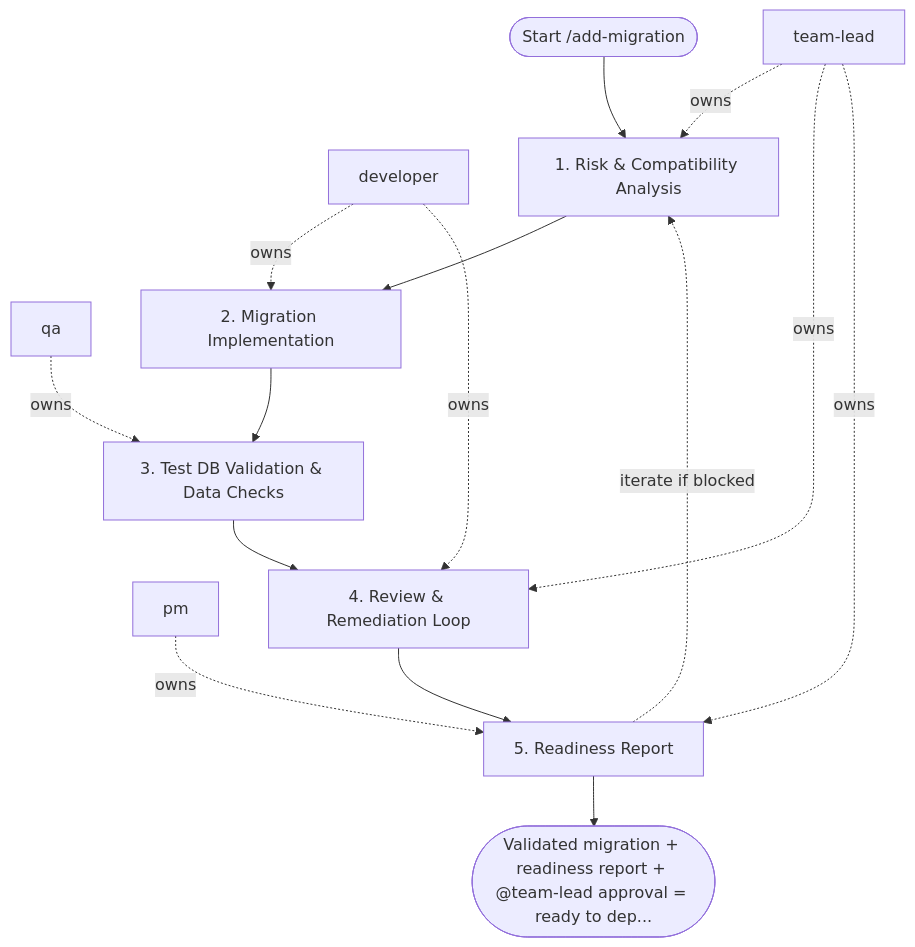
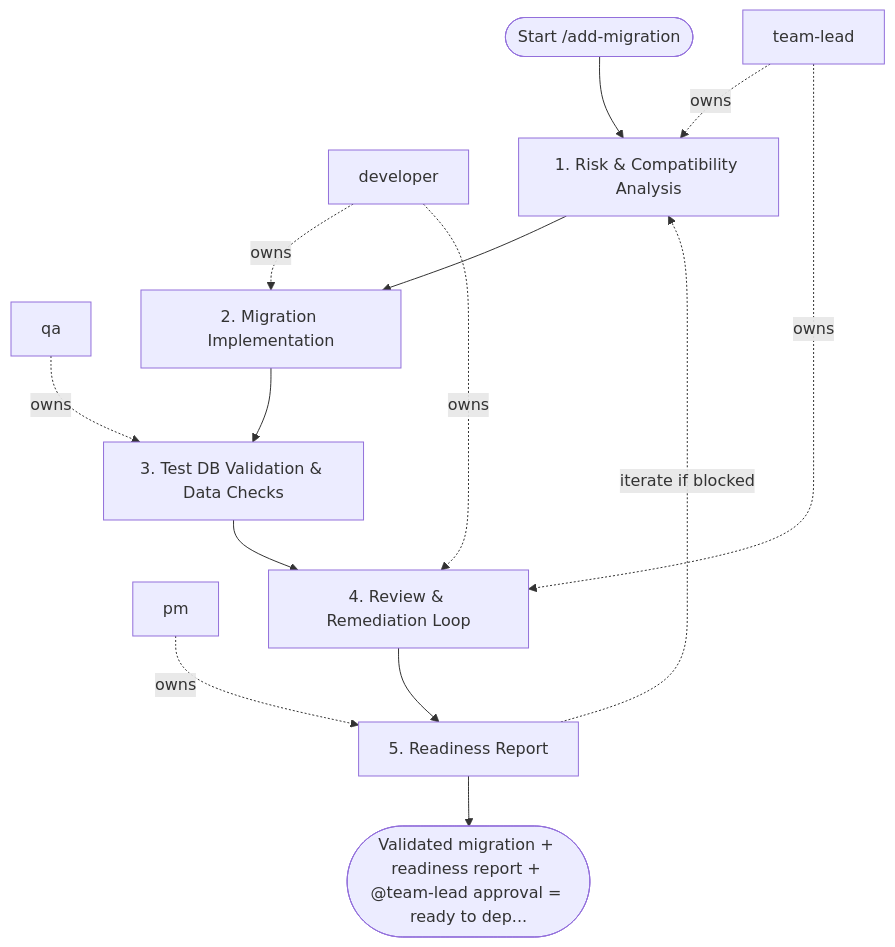
One commit to sawrus/x10 changed the diagram in .agent/workflows/add-migration.md. Above: the diagram before and after it, drawn with Mermaid. The commit also changed other lines of this file and 144 other files, not shown here.

````diff
--- a/.agent/workflows/add-migration.md
+++ b/.agent/workflows/add-migration.md
@@ -84,28 +85,27 @@
 ```mermaid
 flowchart TD
   start(["Start /add-migration"])
   role_1["team-lead"]
   role_2["developer"]
   role_3["qa"]
   role_4["pm"]
   step_1["1. Risk & Compatibility Analysis"]
   step_2["2. Migration Implementation"]
   step_3["3. Test DB Validation & Data Checks"]
   step_4["4. Review & Remediation Loop"]
   step_5["5. Readiness Report"]
   exit(["Validated migration + readiness report + @team-lead approval = ready to dep..."])
   start --> step_1
   step_1 --> step_2
   step_2 --> step_3
   step_3 --> step_4
   step_4 --> step_5
   step_5 --> exit
   role_1 -. owns .-> step_1
   role_2 -. owns .-> step_2
   role_3 -. owns .-> step_3
   role_1 -. owns .-> step_4
   role_2 -. owns .-> step_4
   role_4 -. owns .-> step_5
-  role_1 -. owns .-> step_5
   step_5 -. iterate if blocked .-> step_1
 ```
````
